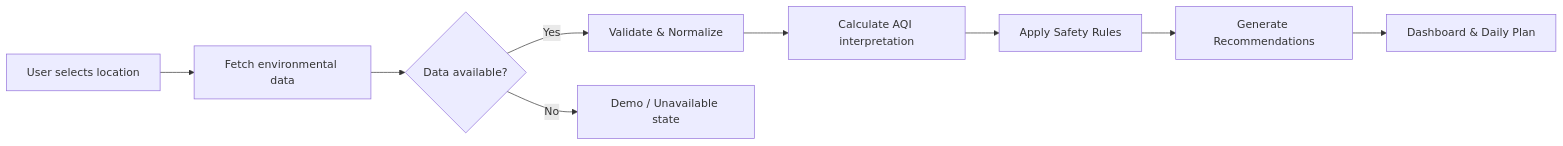
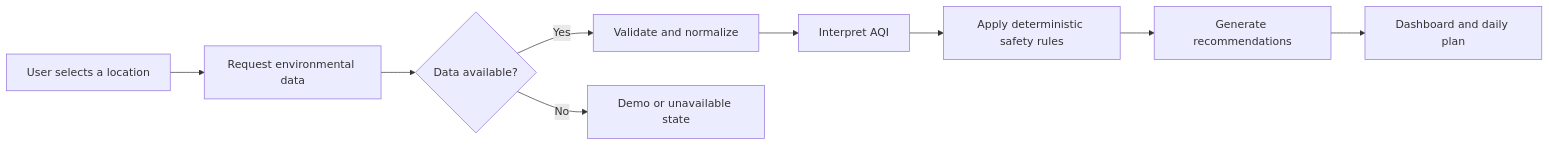
The second of 3 diagrams in README.md (bhargavaalapati/H2SPWC6Urban-Air-Quality-Assistant-problem), drawn with Mermaid before and after one commit. The commit also changed other lines of this file and 51 other files, not shown here.

````diff
--- a/README.md
+++ b/README.md
@@ -158,11 +211,11 @@
 ```mermaid
 flowchart LR
-    A[User selects location] --> B[Fetch environmental data]
+    A[User selects a location] --> B[Request environmental data]
     B --> C{Data available?}
-    C -->|Yes| D[Validate & Normalize]
-    C -->|No| E[Demo / Unavailable state]
-    D --> F[Calculate AQI interpretation]
-    F --> G[Apply Safety Rules]
-    G --> H[Generate Recommendations]
-    H --> I[Dashboard & Daily Plan]
+    C -->|Yes| D[Validate and normalize]
+    C -->|No| E[Demo or unavailable state]
+    D --> F[Interpret AQI]
+    F --> G[Apply deterministic safety rules]
+    G --> H[Generate recommendations]
+    H --> I[Dashboard and daily plan]
 ```
````
